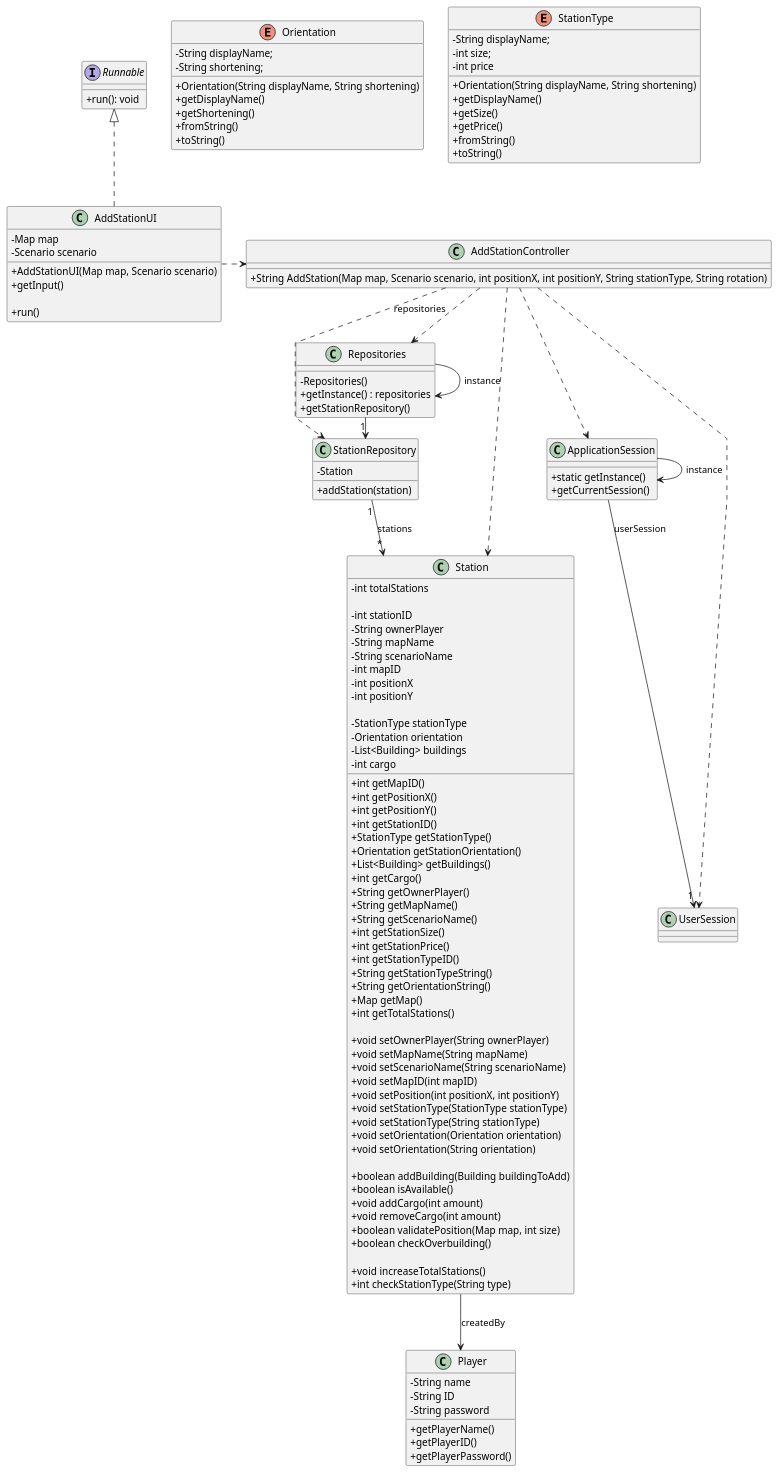
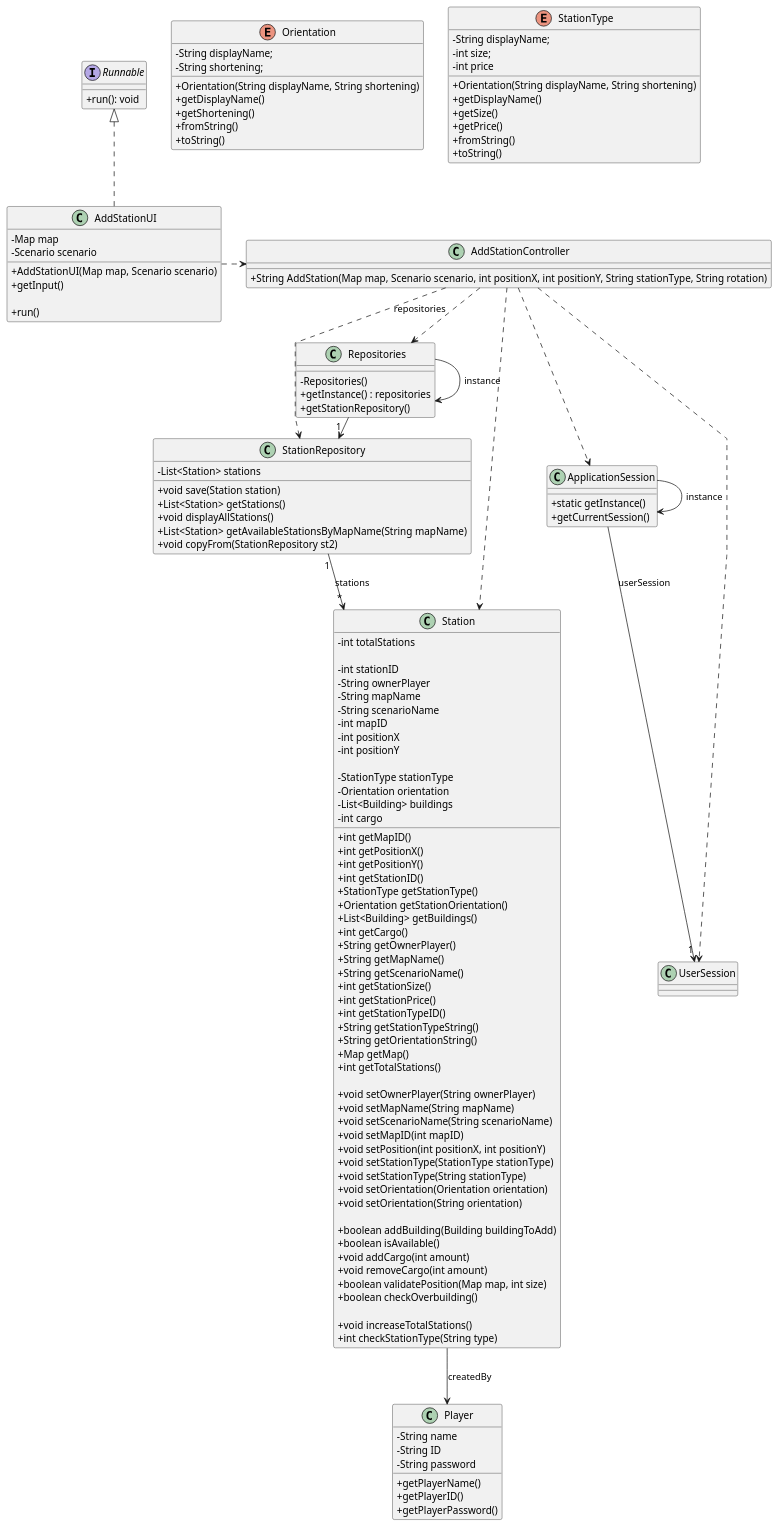
Before and after one commit to ivasduarte/all-aboard: the diagram in docs/sprint3/us005/03.design/puml/us005-class-diagram.puml, drawn with PlantUML. The commit also changed 2 other files, not shown here.

Commit message:
US010(docs): Updated class diagram

```diff
--- a/docs/sprint3/us005/03.design/puml/us005-class-diagram.puml
+++ b/docs/sprint3/us005/03.design/puml/us005-class-diagram.puml
@@ -1,155 +1,160 @@
 @startuml
 skinparam packageeStyle rectangle
 skinparam shadowing false
 skinparam linetype polyline
 
 skinparam classAttributeIconSize 0
 
 interface Runnable {
     + run(): void
 }
 
 class Player {
     - String name
     - String ID
     - String password
     + getPlayerName()
     + getPlayerID()
     + getPlayerPassword()
 }
 
 class UserSession {
 }
 
 class ApplicationSession {
     + static getInstance()
     + getCurrentSession()
 }
 
 
 class Station {
     - int totalStations
 
     - int stationID
     - String ownerPlayer
     - String mapName
     - String scenarioName
     - int mapID
     - int positionX
     - int positionY
 
     - StationType stationType
     - Orientation orientation
     - List<Building> buildings
     - int cargo
 
     + int getMapID()
     + int getPositionX()
     + int getPositionY()
     + int getStationID()
     + StationType getStationType()
     + Orientation getStationOrientation()
     + List<Building> getBuildings()
     + int getCargo()
     + String getOwnerPlayer()
     + String getMapName()
     + String getScenarioName()
     + int getStationSize()
     + int getStationPrice()
     + int getStationTypeID()
     + String getStationTypeString()
     + String getOrientationString()
     + Map getMap()
     + int getTotalStations()
 
     + void setOwnerPlayer(String ownerPlayer)
     + void setMapName(String mapName)
     + void setScenarioName(String scenarioName)
     + void setMapID(int mapID)
     + void setPosition(int positionX, int positionY)
     + void setStationType(StationType stationType)
     + void setStationType(String stationType)
     + void setOrientation(Orientation orientation)
     + void setOrientation(String orientation)
 
     + boolean addBuilding(Building buildingToAdd)
     + boolean isAvailable()
     + void addCargo(int amount)
     + void removeCargo(int amount)
     + boolean validatePosition(Map map, int size)
     + boolean checkOverbuilding()
 
     + void increaseTotalStations()
     + int checkStationType(String type)
 }
 
 enum Orientation {
     - String displayName;
     - String shortening;
 
     + Orientation(String displayName, String shortening)
     + getDisplayName()
     + getShortening()
     + fromString()
     + toString()
 }
 
 enum StationType {
     - String displayName;
     - int size;
     - int price
 
     + Orientation(String displayName, String shortening)
     + getDisplayName()
     + getSize()
     + getPrice()
     + fromString()
     + toString()
 }
 
 class AddStationUI implements Runnable {
     - Map map
     - Scenario scenario
 
     + AddStationUI(Map map, Scenario scenario)
     + getInput()
 
     + run()
 }
 
 class AddStationController {
     + String AddStation(Map map, Scenario scenario, int positionX, int positionY, String stationType, String rotation)
 }
 
 class Repositories {
     - Repositories()
     + getInstance() : repositories
     + getStationRepository()
 }
 
 class StationRepository {
-    - Station
-    + addStation(station)
+    - List<Station> stations
+
+    + void save(Station station)
+    + List<Station> getStations()
+    + void displayAllStations()
+    + List<Station> getAvailableStationsByMapName(String mapName)
+    + void copyFrom(StationRepository st2)
 }
 
 Repositories -> Repositories : instance
 ApplicationSession -> ApplicationSession : instance
 
 AddStationUI .> AddStationController
 
 AddStationController .> Repositories : repositories
 
 Repositories -> "1" StationRepository
 AddStationController ..> Station
 AddStationController ..> StationRepository
 
 ApplicationSession --> "1" UserSession : userSession
 
 AddStationController ..> ApplicationSession
 AddStationController ..> UserSession
 
 StationRepository "1" --> "*" Station : stations
 
 Station --> Player : createdBy
 
 @enduml
```
